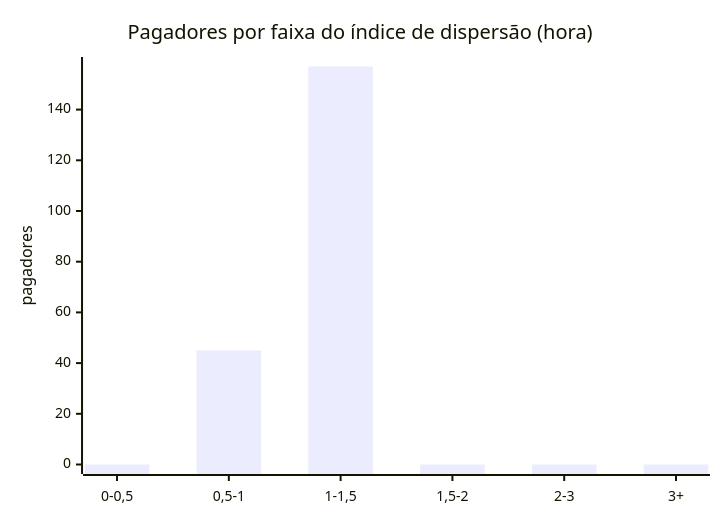
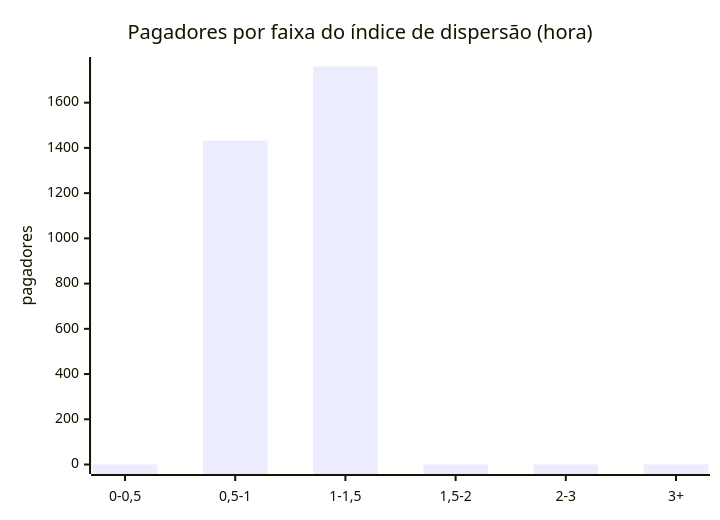
One commit to phprestes/Hackathon-Anti-Fraud-Pix changed the first of 4 diagrams in docs/05-motor/analises.md. Above: the diagram before and after it, drawn with Mermaid. The commit also changed other lines of this file and 18 other files, not shown here.

````diff
--- a/docs/05-motor/analises.md
+++ b/docs/05-motor/analises.md
@@ -55,7 +55,7 @@
 ```mermaid
 xychart-beta
     title "Pagadores por faixa do índice de dispersão (hora)"
     x-axis ["0-0,5", "0,5-1", "1-1,5", "1,5-2", "2-3", "3+"]
     y-axis "pagadores"
-    bar [0.00, 45.00, 157.00, 0.00, 0.00, 0.00]
+    bar [0.00, 1432.00, 1760.00, 0.00, 0.00, 0.00]
 ```
````
